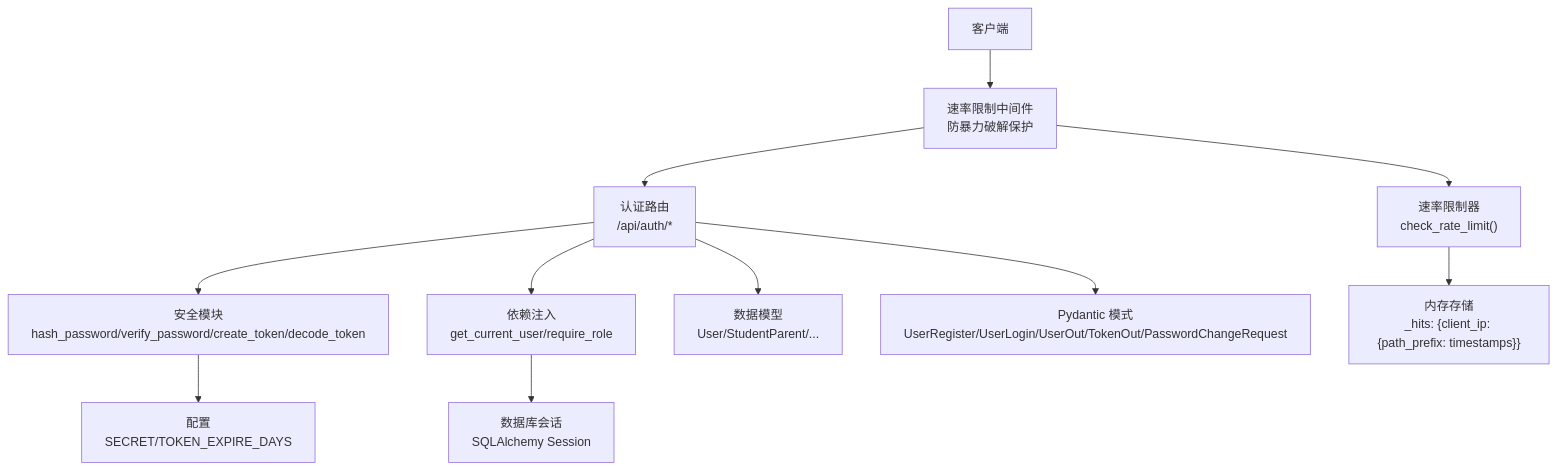
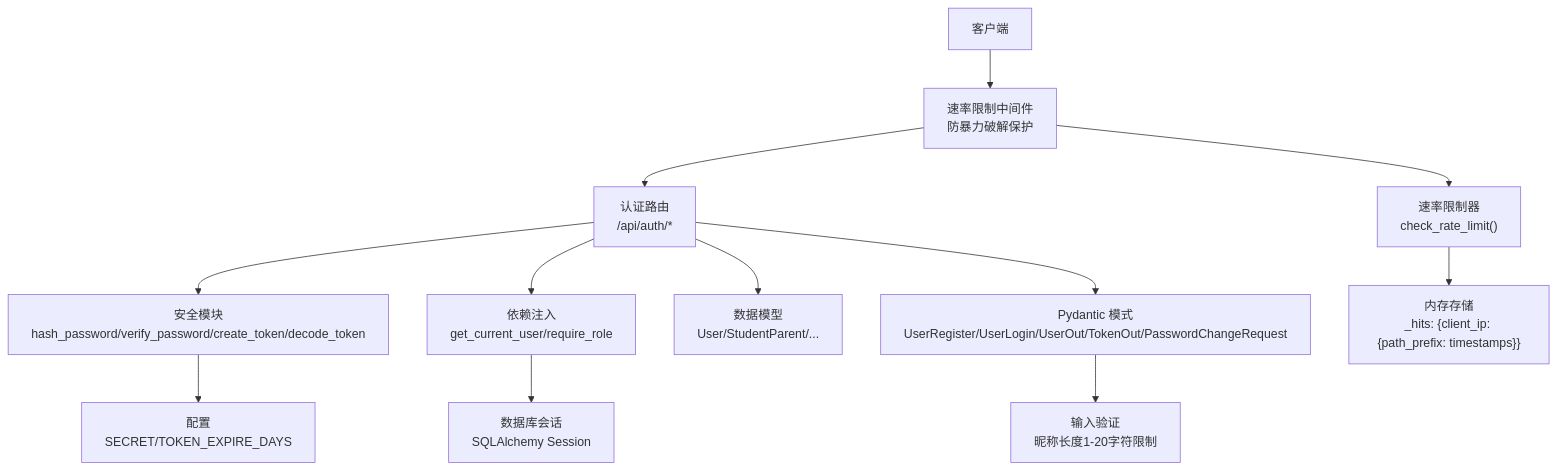
The first of 8 diagrams in .qoder/repowiki/zh/content/暑假作业打卡系统/后端服务架构/路由层设计/用户认证路由.md (onebody/homework), drawn with Mermaid before and after one commit. The commit also changed other lines of this file and 28 other files, not shown here.

````diff
--- a/.qoder/repowiki/zh/content/暑假作业打卡系统/后端服务架构/路由层设计/用户认证路由.md
+++ b/.qoder/repowiki/zh/content/暑假作业打卡系统/后端服务架构/路由层设计/用户认证路由.md
@@ -46,13 +45,14 @@
 ```mermaid
 graph TB
 Client["客户端"] --> Middleware["速率限制中间件<br/>防暴力破解保护"]
 Middleware --> Router["认证路由<br/>/api/auth/*"]
 Router --> Security["安全模块<br/>hash_password/verify_password/create_token/decode_token"]
 Router --> Deps["依赖注入<br/>get_current_user/require_role"]
 Deps --> DB["数据库会话<br/>SQLAlchemy Session"]
 Router --> Models["数据模型<br/>User/StudentParent/..."]
 Router --> Schemas["Pydantic 模式<br/>UserRegister/UserLogin/UserOut/TokenOut/PasswordChangeRequest"]
 Security --> Config["配置<br/>SECRET/TOKEN_EXPIRE_DAYS"]
 Middleware --> RateLimit["速率限制器<br/>check_rate_limit()"]
 RateLimit --> Memory["内存存储<br/>_hits: {client_ip: {path_prefix: timestamps}}"]
+Schemas --> Validation["输入验证<br/>昵称长度1-20字符限制"]
 ```
````
